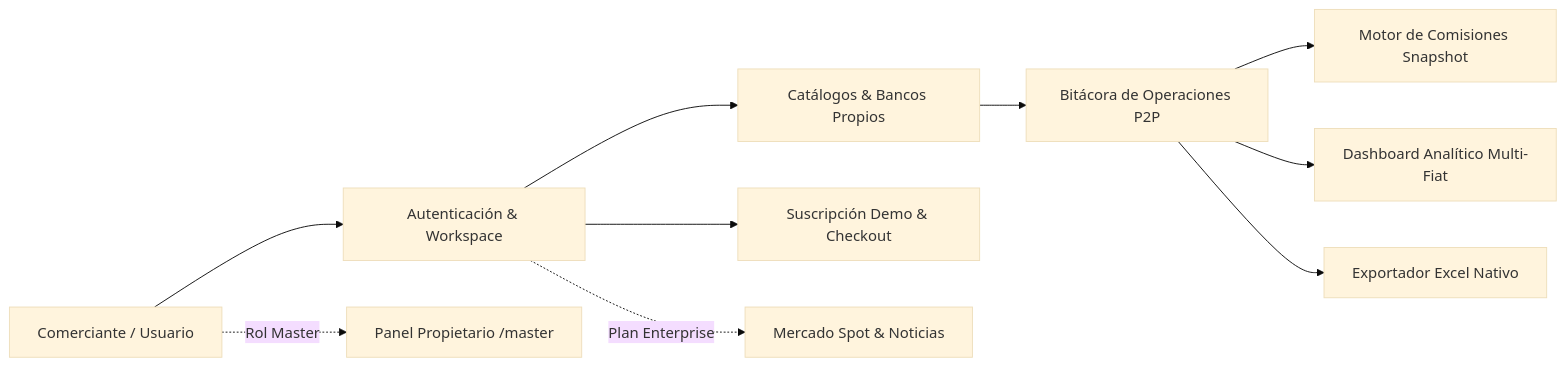
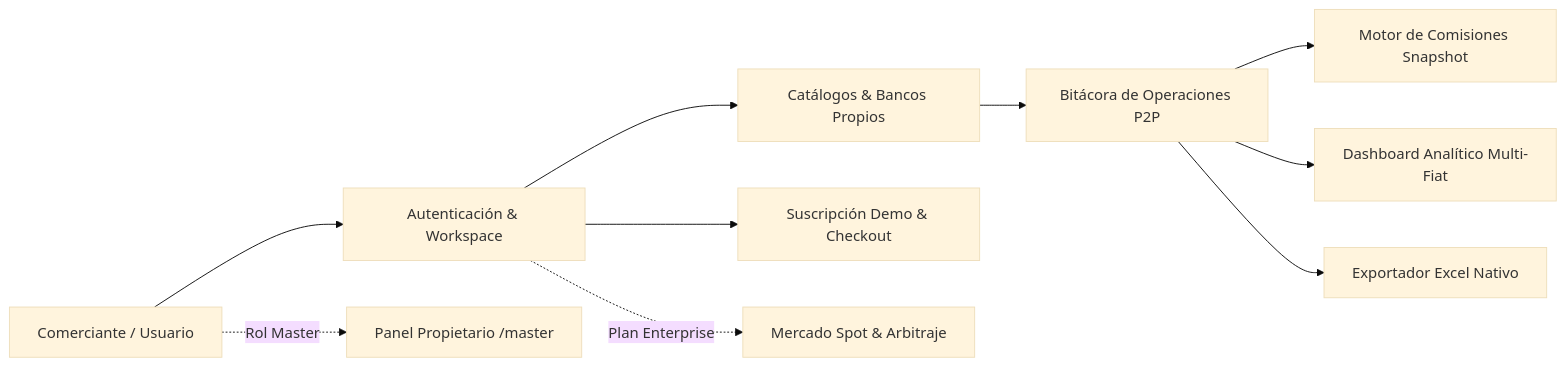
Before and after one commit to dannfalcon33/cyclon-p2p-saas: the diagram in README.md, drawn with Mermaid (base theme). The commit also changed other lines of this file and 7 other files, not shown here.

````diff
--- a/README.md
+++ b/README.md
@@ -37,12 +101,12 @@
 ```mermaid
 flowchart LR
-    A[Comerciante / Usuario] --> B[Autenticación & Workspace]
-    B --> C[Catálogos & Bancos Propios]
-    C --> D[Bitácora de Operaciones P2P]
-    D --> E[Motor de Comisiones Snapshot]
-    D --> F[Dashboard Analítico Multi-Fiat]
-    D --> G[Exportador Excel Nativo]
-    B --> H[Suscripción Demo & Checkout]
-    A -. Rol Master .-> I[Panel Propietario /master]
-    B -. Plan Enterprise .-> J[Mercado Spot & Noticias]
+    A["Comerciante / Usuario"] --> B["Autenticación & Workspace"]
+    B --> C["Catálogos & Bancos Propios"]
+    C --> D["Bitácora de Operaciones P2P"]
+    D --> E["Motor de Comisiones Snapshot"]
+    D --> F["Dashboard Analítico Multi-Fiat"]
+    D --> G["Exportador Excel Nativo"]
+    B --> H["Suscripción Demo & Checkout"]
+    A -. "Rol Master" .-> I["Panel Propietario /master"]
+    B -. "Plan Enterprise" .-> J["Mercado Spot & Arbitraje"]
 ```
````
